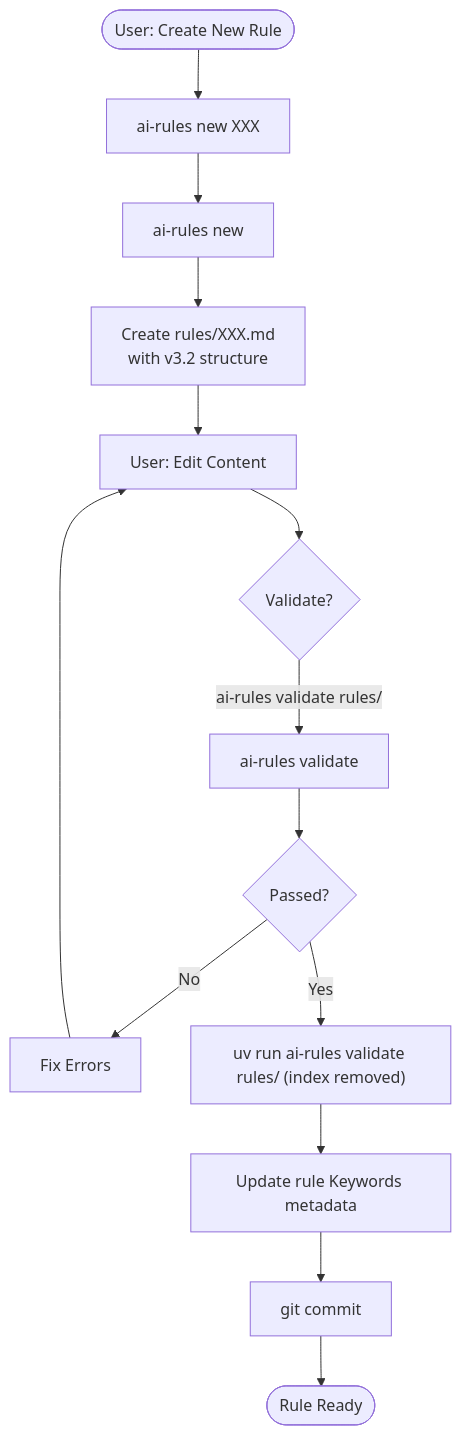
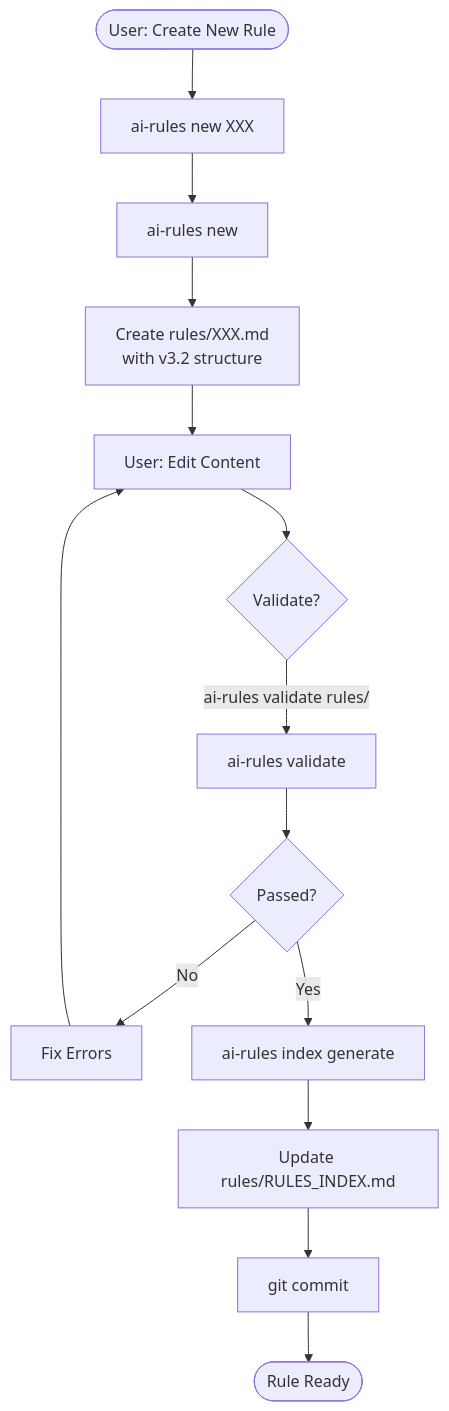
The first of 2 diagrams in docs/ARCHITECTURE.md (sfc-gh-myoung/ai_coding_rules), drawn with Mermaid before and after one commit. The commit also changed other lines of this file and 9 other files, not shown here.

````diff
--- a/docs/ARCHITECTURE.md
+++ b/docs/ARCHITECTURE.md
@@ -376,16 +380,16 @@
 ```mermaid
 flowchart TD
     Start([User: Create New Rule]) --> Generate
     Generate["ai-rules new XXX"] --> Template
     Template[ai-rules new] --> Create[Create rules/XXX.md<br/>with v3.2 structure]
     Create --> Edit[User: Edit Content]
     Edit --> Validate{Validate?}
     Validate -->|"ai-rules validate rules/"| SchemaVal[ai-rules validate]
     SchemaVal --> Pass{Passed?}
     Pass -->|No| Fix[Fix Errors]
     Fix --> Edit
-    Pass -->|Yes| Index["uv run ai-rules validate rules/ (index removed)"]
-    Index --> UpdateIndex[Update rule Keywords metadata]
+    Pass -->|Yes| Index["ai-rules index generate"]
+    Index --> UpdateIndex[Update rules/RULES_INDEX.md]
     UpdateIndex --> Commit[git commit]
     Commit --> End([Rule Ready])
 ```
````
